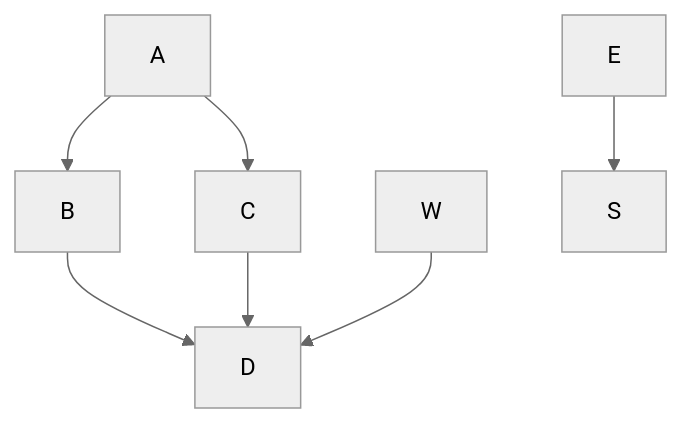
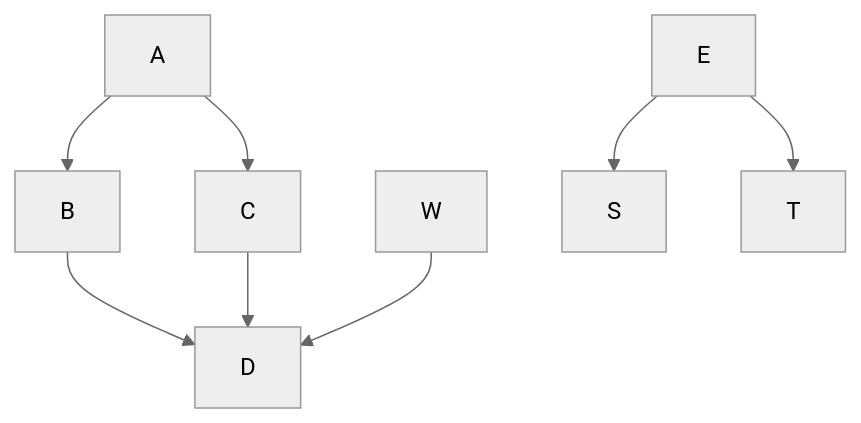
The diagram in README.md (avergnaud/wiki-mermaid), drawn with Mermaid (neutral theme) before and after one commit.

Commit message:
graphe mermaid - correctif untracked files - à tester

````diff
--- a/README.md
+++ b/README.md
@@ -20,9 +20,10 @@
 ```mermaid
 graph TD;
     A-->B;
     A-->C;
     B-->D;
     C-->D;
     W-->D;
     E-->S;
+    E-->T;
 ```
````
